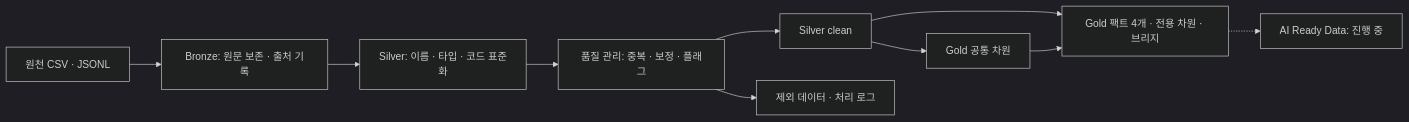
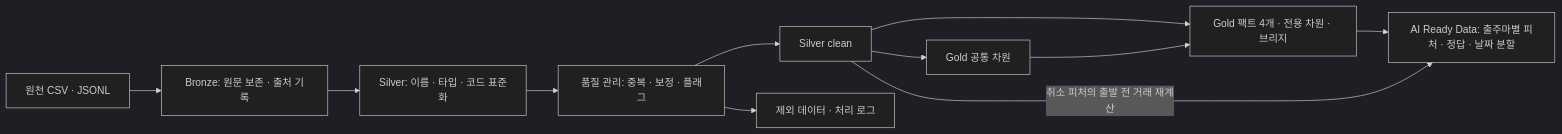
The diagram in README.md (encore-ai-campus/mlo-03-p2-team3), drawn with Mermaid (dark theme) before and after one commit. The commit also changed other lines of this file and 5 other files, not shown here.

````diff
--- a/README.md
+++ b/README.md
@@ -201,12 +137,13 @@
 ```mermaid
 flowchart LR
     O["원천 CSV · JSONL"] --> B["Bronze: 원문 보존 · 출처 기록"]
     B --> S["Silver: 이름 · 타입 · 코드 표준화"]
     S --> Q["품질 관리: 중복 · 보정 · 플래그"]
     Q --> C["Silver clean"]
     Q --> E["제외 데이터 · 처리 로그"]
     C --> D["Gold 공통 차원"]
     C --> G["Gold 팩트 4개 · 전용 차원 · 브리지"]
     D --> G
-    G -.-> A["AI Ready Data: 진행 중"]
+    G --> A["AI Ready Data: 출주마별 피처 · 정답 · 날짜 분할"]
+    C -->|"취소 피처의 출발 전 거래 재계산"| A
 ```
````
